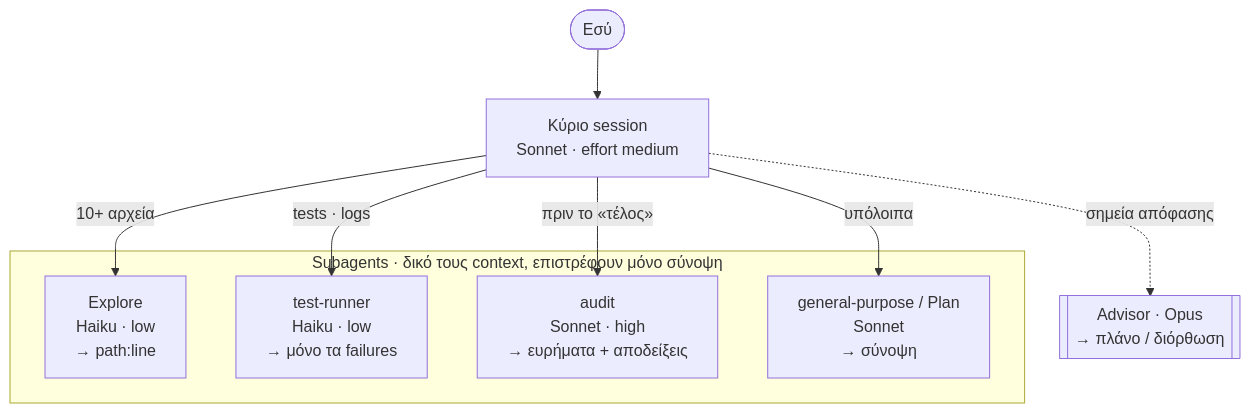
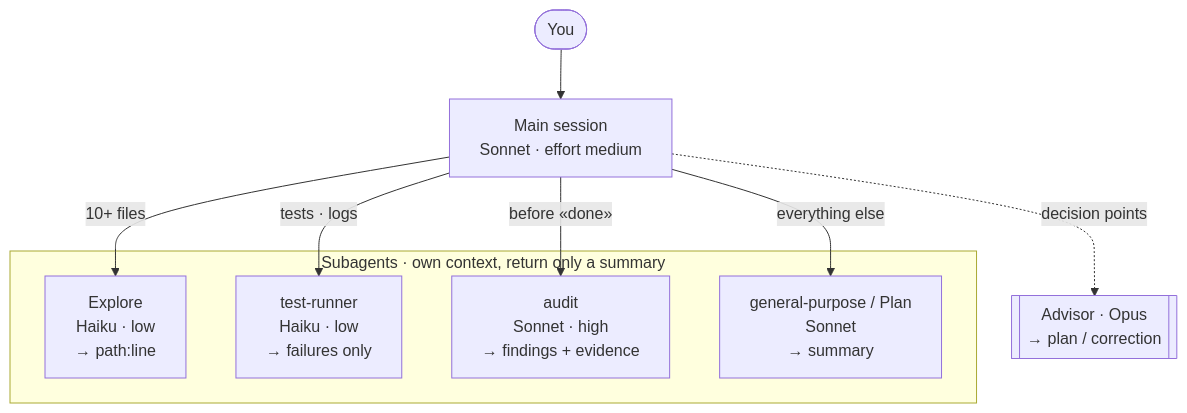
Before and after one commit to kniko/claude-plugins: the first of 2 diagrams in plugins/repo-mode/README.md, drawn with Mermaid. The commit also changed other lines of this file and 1 other file, not shown here.

````diff
--- a/plugins/repo-mode/README.md
+++ b/plugins/repo-mode/README.md
@@ -51,15 +53,15 @@
 ```mermaid
 flowchart TD
-    U(["Εσύ"]) --> M["Κύριο session<br/>Sonnet · effort medium"]
-    M -.->|"σημεία απόφασης"| A[["Advisor · Opus<br/>→ πλάνο / διόρθωση"]]
-    subgraph SA ["Subagents · δικό τους context, επιστρέφουν μόνο σύνοψη"]
+    U(["You"]) --> M["Main session<br/>Sonnet · effort medium"]
+    M -.->|"decision points"| A[["Advisor · Opus<br/>→ plan / correction"]]
+    subgraph SA ["Subagents · own context, return only a summary"]
         E["Explore<br/>Haiku · low<br/>→ path:line"]
-        T["test-runner<br/>Haiku · low<br/>→ μόνο τα failures"]
-        R["audit<br/>Sonnet · high<br/>→ ευρήματα + αποδείξεις"]
-        G["general-purpose / Plan<br/>Sonnet<br/>→ σύνοψη"]
+        T["test-runner<br/>Haiku · low<br/>→ failures only"]
+        R["audit<br/>Sonnet · high<br/>→ findings + evidence"]
+        G["general-purpose / Plan<br/>Sonnet<br/>→ summary"]
     end
-    M -->|"10+ αρχεία"| E
+    M -->|"10+ files"| E
     M -->|"tests · logs"| T
-    M -->|"πριν το «τέλος»"| R
-    M -->|"υπόλοιπα"| G
+    M -->|"before «done»"| R
+    M -->|"everything else"| G
 ```
````
